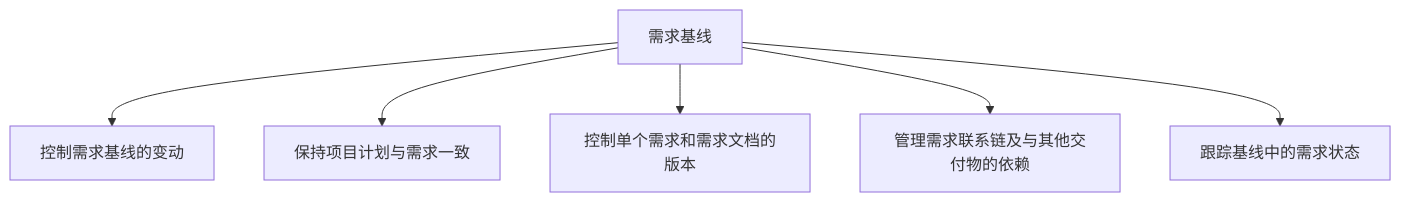
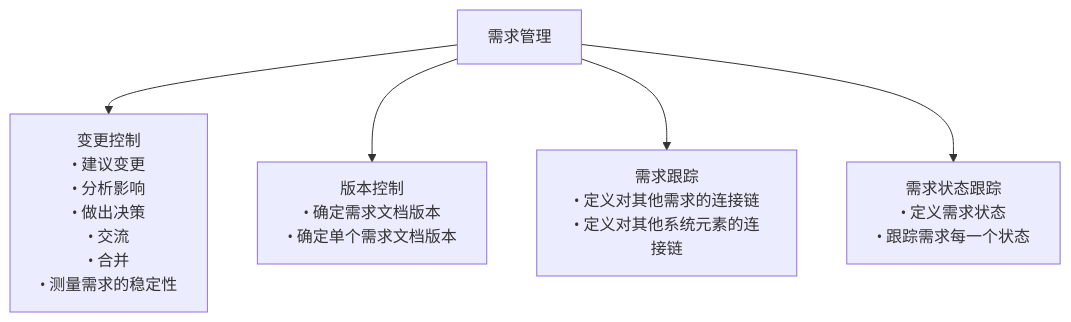
Before and after one commit to YoungHong1992/ruankao-senior-architecture-designer: the fifth of 7 diagrams in 01.系统架构设计师教材-清洗版/第05章-软件工程基础知识.md, drawn with Mermaid. The commit also changed other lines of this file and 14 other files, not shown here.

Commit message:
fix: restore source-backed diagrams and exam variants

````diff
--- a/01.系统架构设计师教材-清洗版/第05章-软件工程基础知识.md
+++ b/01.系统架构设计师教材-清洗版/第05章-软件工程基础知识.md
@@ -360,8 +386,7 @@
 ```mermaid
 flowchart TB
-    Baseline["需求基线"] --> Change["控制需求基线的变动"]
-    Baseline --> Plan["保持项目计划与需求一致"]
-    Baseline --> Version["控制单个需求和需求文档的版本"]
-    Baseline --> Trace["管理需求联系链及与其他交付物的依赖"]
-    Baseline --> Status["跟踪基线中的需求状态"]
+    Management["需求管理"] --> Change["变更控制<br/>• 建议变更<br/>• 分析影响<br/>• 做出决策<br/>• 交流<br/>• 合并<br/>• 测量需求的稳定性"]
+    Management --> Version["版本控制<br/>• 确定需求文档版本<br/>• 确定单个需求文档版本"]
+    Management --> Trace["需求跟踪<br/>• 定义对其他需求的连接链<br/>• 定义对其他系统元素的连接链"]
+    Management --> Status["需求状态跟踪<br/>• 定义需求状态<br/>• 跟踪需求每一个状态"]
 ```
````
